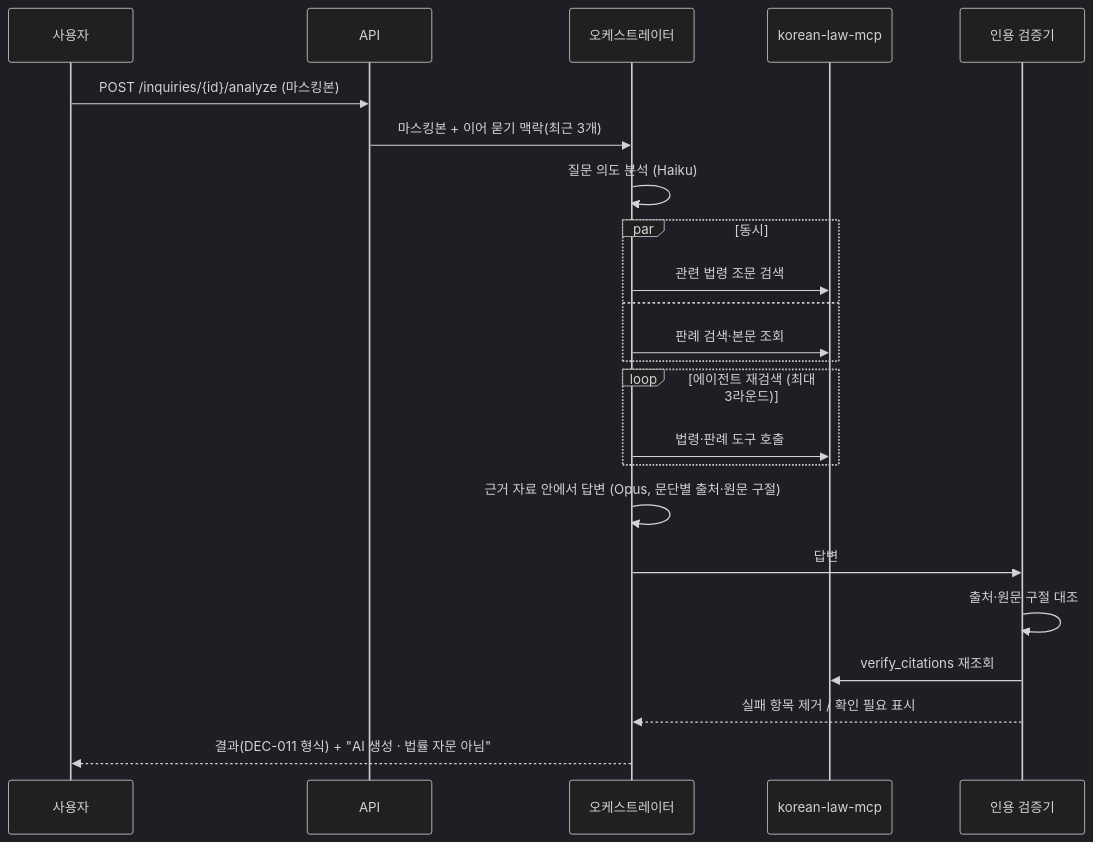
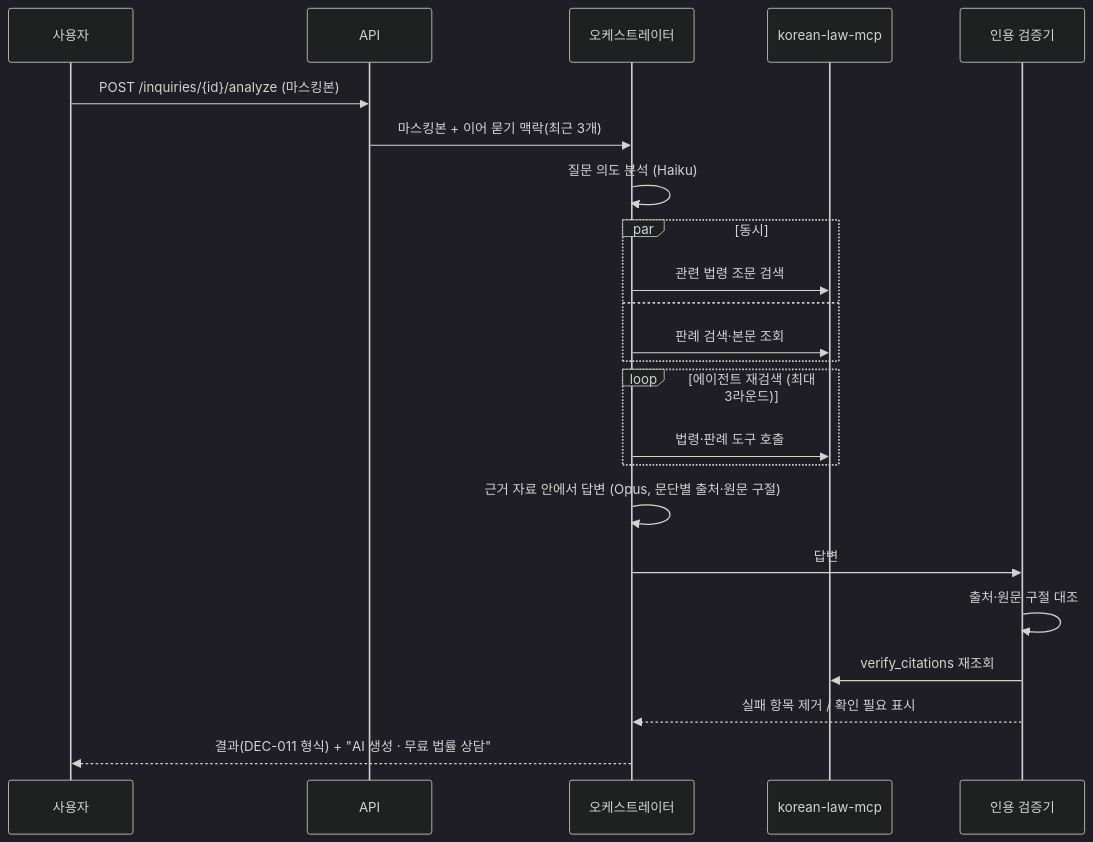
One commit to rev3095/hamzzi_courthouse changed the third of 4 diagrams in docs/ARCHITECTURE.md. Above: the diagram before and after it, drawn with Mermaid (dark theme). The commit also changed other lines of this file and 72 other files, not shown here.

````diff
--- a/docs/ARCHITECTURE.md
+++ b/docs/ARCHITECTURE.md
@@ -119,25 +119,25 @@
 ```mermaid
 sequenceDiagram
   participant U as 사용자
   participant A as API
   participant O as 오케스트레이터
   participant K as korean-law-mcp
   participant V as 인용 검증기
   U->>A: POST /inquiries/{id}/analyze (마스킹본)
   A->>O: 마스킹본 + 이어 묻기 맥락(최근 3개)
   O->>O: 질문 의도 분석 (Haiku)
   par 동시
     O->>K: 관련 법령 조문 검색
   and
     O->>K: 판례 검색·본문 조회
   end
   loop 에이전트 재검색 (최대 3라운드)
     O->>K: 법령·판례 도구 호출
   end
   O->>O: 근거 자료 안에서 답변 (Opus, 문단별 출처·원문 구절)
   O->>V: 답변
   V->>V: 출처·원문 구절 대조
   V->>K: verify_citations 재조회
   V-->>O: 실패 항목 제거 / 확인 필요 표시
-  O-->>U: 결과(DEC-011 형식) + "AI 생성 · 법률 자문 아님"
+  O-->>U: 결과(DEC-011 형식) + "AI 생성 · 무료 법률 상담"
 ```
````
